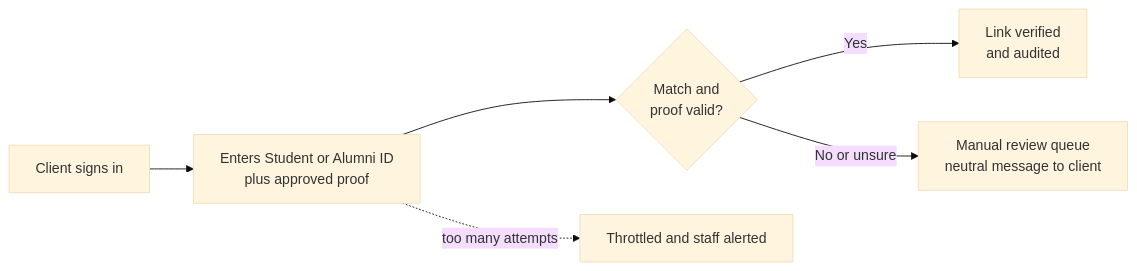
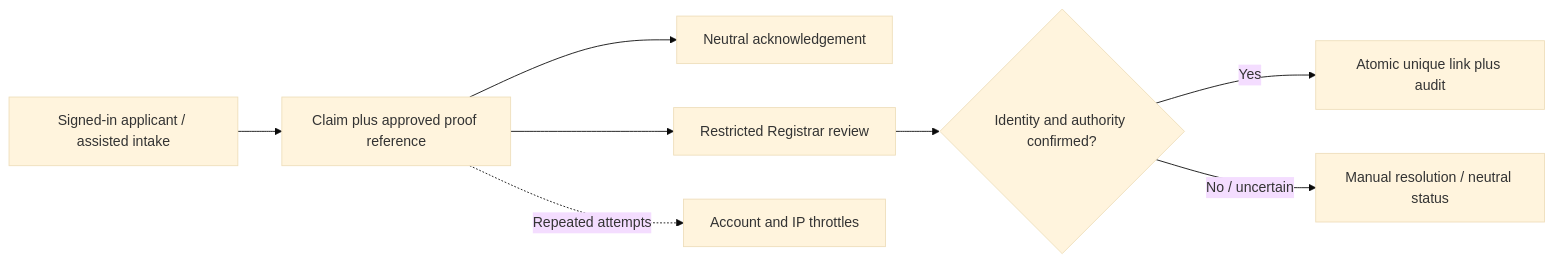
The second of 2 diagrams in System_Plan/04-client-records-and-imports.md (EnrieJohn31/BISU-Registrar), drawn with Mermaid (base theme) before and after one commit. The commit also changed other lines of this file and 4 other files, not shown here.

````diff
--- a/System_Plan/04-client-records-and-imports.md
+++ b/System_Plan/04-client-records-and-imports.md
@@ -56,8 +126,10 @@
 ```mermaid
 flowchart LR
-    A[Client signs in] --> B["Enters Student or Alumni ID<br/>plus approved proof"]
-    B --> T{"Match and<br/>proof valid?"}
-    T -->|Yes| K["Link verified<br/>and audited"]
-    T -->|No or unsure| M["Manual review queue<br/>neutral message to client"]
-    B -. "too many attempts" .-> X[Throttled and staff alerted]
+    A[Signed-in applicant / assisted intake] --> C[Claim plus approved proof reference]
+    C --> N[Neutral acknowledgement]
+    C --> Q[Restricted Registrar review]
+    Q --> G{Identity and authority confirmed?}
+    G -->|Yes| L[Atomic unique link plus audit]
+    G -->|No / uncertain| M[Manual resolution / neutral status]
+    C -. Repeated attempts .-> T[Account and IP throttles]
 ```
````
